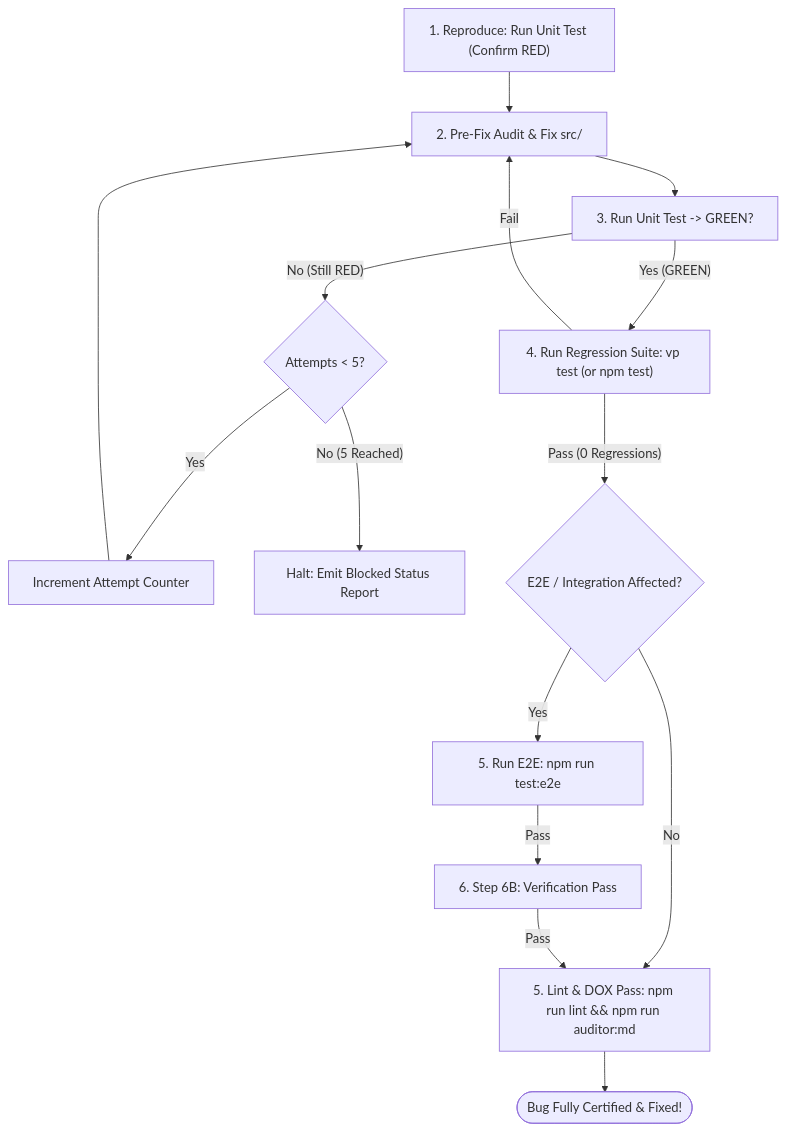
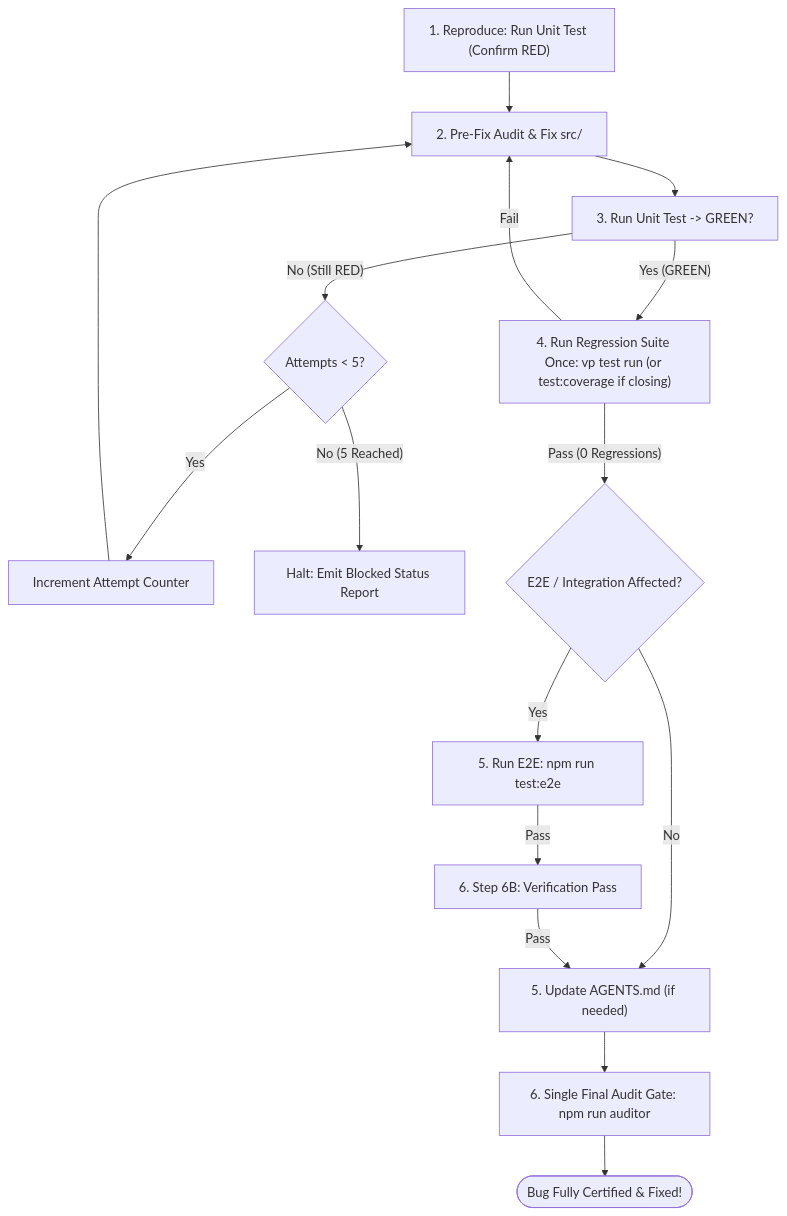
The diagram in .agents/skills/systematic-debugging/references/verification_and_repair_loop.md (francogp/auditor), drawn with Mermaid before and after one commit. The commit also changed other lines of this file and 101 other files, not shown here.

First line of the commit message:
fix: modernize owned agent skills, DOX hierarchy, and CLI execution flows (v10.12.5)

````diff
--- a/.agents/skills/systematic-debugging/references/verification_and_repair_loop.md
+++ b/.agents/skills/systematic-debugging/references/verification_and_repair_loop.md
@@ -9,16 +9,16 @@
 ```mermaid
 flowchart TD
     Reproduce["1. Reproduce: Run Unit Test (Confirm RED)"] --> Diagnose["2. Pre-Fix Audit & Fix src/"]
     Diagnose --> VerifyUnit["3. Run Unit Test -> GREEN?"]
     VerifyUnit -- "No (Still RED)" --> AttemptCheck{"Attempts < 5?"}
     AttemptCheck -- "Yes" --> Increment["Increment Attempt Counter"] --> Diagnose
     AttemptCheck -- "No (5 Reached)" --> AbortBlocked["Halt: Emit Blocked Status Report"]
-    VerifyUnit -- "Yes (GREEN)" --> RunNodeRegression["4. Run Regression Suite: vp test (or npm test)"]
+    VerifyUnit -- "Yes (GREEN)" --> RunNodeRegression["4. Run Regression Suite Once: vp test run (or test:coverage if closing)"]
     RunNodeRegression -- "Fail" --> Diagnose
     RunNodeRegression -- "Pass (0 Regressions)" --> CheckTier3{"E2E / Integration Affected?"}
-    CheckTier3 -- "No" --> LintAndDox["5. Lint & DOX Pass: npm run lint && npm run auditor:md"]
+    CheckTier3 -- "No" --> UpdateDox["5. Update AGENTS.md (if needed)"] --> FinalAudit["6. Single Final Audit Gate: npm run auditor"]
     CheckTier3 -- "Yes" --> RunPlaywright["5. Run E2E: npm run test:e2e"]
     RunPlaywright -- "Pass" --> CleanZeroPass["6. Step 6B: Verification Pass"]
-    CleanZeroPass -- "Pass" --> LintAndDox
-    LintAndDox --> Done(["Bug Fully Certified & Fixed!"])
+    CleanZeroPass -- "Pass" --> UpdateDox
+    FinalAudit --> Done(["Bug Fully Certified & Fixed!"])
 ```
````
